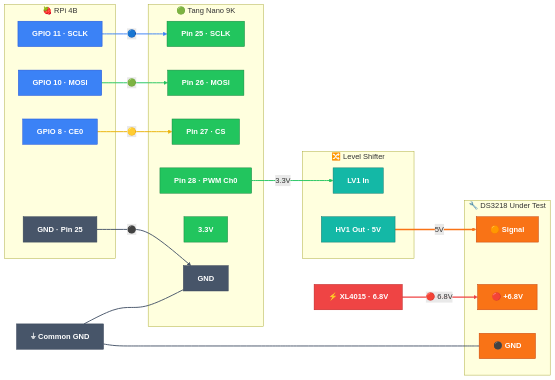
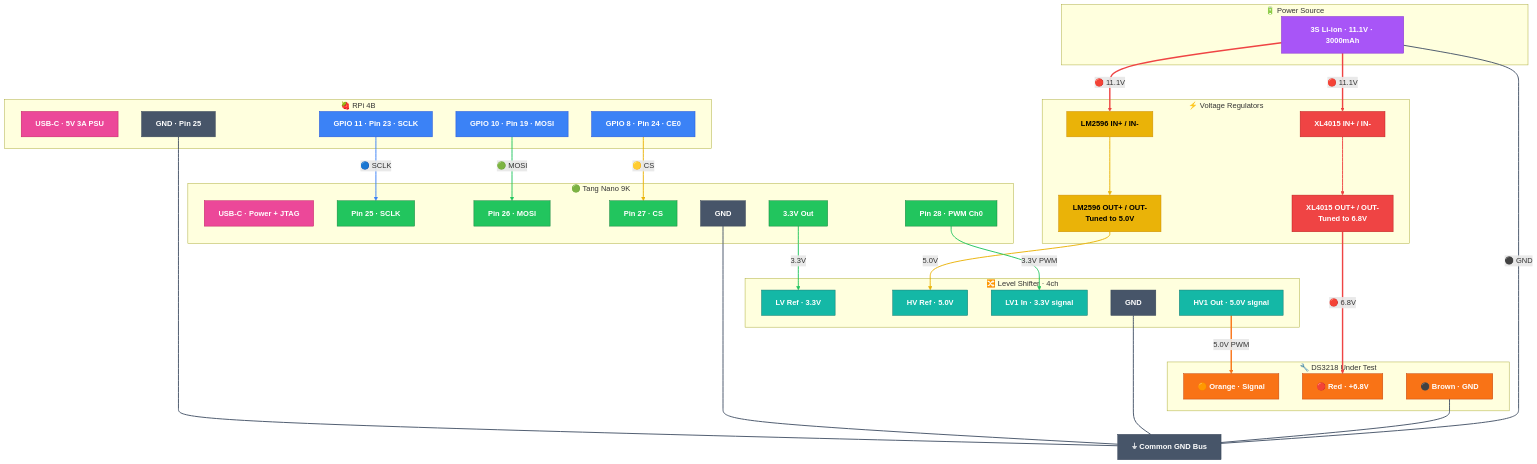
The diagram in control/calibration/setup_guide.md (Major-Project-001/VIGIL-RQ), drawn with Mermaid before and after one commit.

Commit message:
docs: Complete wiring diagram — add battery, XL4015, LM2596, USB-C power, GND bus

````diff
--- a/control/calibration/setup_guide.md
+++ b/control/calibration/setup_guide.md
@@ -38,59 +38,108 @@
 ```mermaid
-graph LR
+graph TD
     classDef rpi fill:#3b82f6,stroke:#1d4ed8,color:#fff,font-weight:bold
     classDef fpga fill:#22c55e,stroke:#15803d,color:#fff,font-weight:bold
     classDef ls fill:#14b8a6,stroke:#0f766e,color:#fff,font-weight:bold
     classDef servo fill:#f97316,stroke:#c2410c,color:#fff,font-weight:bold
     classDef pwr fill:#ef4444,stroke:#b91c1c,color:#fff,font-weight:bold
+    classDef bat fill:#a855f7,stroke:#7e22ce,color:#fff,font-weight:bold
+    classDef reg fill:#eab308,stroke:#ca8a04,color:#000,font-weight:bold
     classDef gnd fill:#475569,stroke:#334155,color:#fff,font-weight:bold
+    classDef usb fill:#ec4899,stroke:#be185d,color:#fff,font-weight:bold
 
+    %% ── Power Source ──
+    subgraph PWR_SRC["🔋 Power Source"]
+        BAT["3S Li-ion · 11.1V · 3000mAh"]:::bat
+    end
+
+    %% ── Voltage Regulators ──
+    subgraph REGULATORS["⚡ Voltage Regulators"]
+        XL_IN["XL4015 IN+ / IN-"]:::pwr
+        XL_OUT["XL4015 OUT+ / OUT-<br/>Tuned to 6.8V"]:::pwr
+        LM_IN["LM2596 IN+ / IN-"]:::reg
+        LM_OUT["LM2596 OUT+ / OUT-<br/>Tuned to 5.0V"]:::reg
+    end
+
+    %% ── RPi ──
     subgraph RPI_BENCH["🍓 RPi 4B"]
-        R_SCLK["GPIO 11 · SCLK"]:::rpi
-        R_MOSI["GPIO 10 · MOSI"]:::rpi
-        R_CE0["GPIO 8 · CE0"]:::rpi
+        R_USB["USB-C · 5V 3A PSU"]:::usb
+        R_SCLK["GPIO 11 · Pin 23 · SCLK"]:::rpi
+        R_MOSI["GPIO 10 · Pin 19 · MOSI"]:::rpi
+        R_CE0["GPIO 8 · Pin 24 · CE0"]:::rpi
         R_GND["GND · Pin 25"]:::gnd
     end
 
+    %% ── FPGA ──
     subgraph FPGA_BENCH["🟢 Tang Nano 9K"]
+        F_USB["USB-C · Power + JTAG"]:::usb
         F_SCLK["Pin 25 · SCLK"]:::fpga
         F_MOSI["Pin 26 · MOSI"]:::fpga
         F_CS["Pin 27 · CS"]:::fpga
         F_PWM0["Pin 28 · PWM Ch0"]:::fpga
-        F_3V3["3.3V"]:::fpga
+        F_3V3["3.3V Out"]:::fpga
         F_GND["GND"]:::gnd
     end
 
-    subgraph LS_BENCH["🔀 Level Shifter"]
-        LS_LV["LV1 In"]:::ls
-        LS_HV["HV1 Out · 5V"]:::ls
+    %% ── Level Shifter ──
+    subgraph LS_BENCH["🔀 Level Shifter · 4ch"]
+        LS_LV_REF["LV Ref · 3.3V"]:::ls
+        LS_HV_REF["HV Ref · 5.0V"]:::ls
+        LS_LV1["LV1 In · 3.3V signal"]:::ls
+        LS_HV1["HV1 Out · 5.0V signal"]:::ls
+        LS_GND["GND"]:::gnd
     end
 
+    %% ── Servo ──
     subgraph SERVO_BENCH["🔧 DS3218 Under Test"]
-        S_SIG["🟠 Signal"]:::servo
-        S_VCC["🔴 +6.8V"]:::servo
-        S_GND["⚫ GND"]:::servo
+        S_SIG["🟠 Orange · Signal"]:::servo
+        S_VCC["🔴 Red · +6.8V"]:::servo
+        S_GND["⚫ Brown · GND"]:::servo
     end
 
-    BUCK["⚡ XL4015 · 6.8V"]:::pwr
-    COMMON_GND["⏚ Common GND"]:::gnd
+    %% ── Common GND Bus ──
+    GND_BUS["⏚ Common GND Bus"]:::gnd
 
-    R_SCLK -->|"🔵"| F_SCLK
-    R_MOSI -->|"🟢"| F_MOSI
-    R_CE0 -->|"🟡"| F_CS
-    R_GND -->|"⚫"| F_GND
+    %% ── Battery → Regulators ──
+    BAT -->|"🔴 11.1V"| XL_IN
+    BAT -->|"🔴 11.1V"| LM_IN
+    XL_IN --> XL_OUT
+    LM_IN --> LM_OUT
 
-    F_PWM0 -->|"3.3V"| LS_LV
-    LS_HV -->|"5V"| S_SIG
-    BUCK -->|"🔴 6.8V"| S_VCC
-    COMMON_GND --- S_GND
-    COMMON_GND --- F_GND
+    %% ── SPI Connections ──
+    R_SCLK -->|"🔵 SCLK"| F_SCLK
+    R_MOSI -->|"🟢 MOSI"| F_MOSI
+    R_CE0 -->|"🟡 CS"| F_CS
 
-    linkStyle 0 stroke:#3b82f6,stroke-width:2px
-    linkStyle 1 stroke:#22c55e,stroke-width:2px
-    linkStyle 2 stroke:#eab308,stroke-width:2px
-    linkStyle 3 stroke:#475569,stroke-width:2px
-    linkStyle 4 stroke:#22c55e,stroke-width:2px
-    linkStyle 5 stroke:#f97316,stroke-width:3px
-    linkStyle 6 stroke:#ef4444,stroke-width:3px
-    linkStyle 7,8 stroke:#475569,stroke-width:2px
+    %% ── Level Shifter Voltage Refs ──
+    F_3V3 -->|"3.3V"| LS_LV_REF
+    LM_OUT -->|"5.0V"| LS_HV_REF
+
+    %% ── Signal Path: FPGA → Level Shifter → Servo ──
+    F_PWM0 -->|"3.3V PWM"| LS_LV1
+    LS_HV1 -->|"5.0V PWM"| S_SIG
+
+    %% ── Servo Power ──
+    XL_OUT -->|"🔴 6.8V"| S_VCC
+
+    %% ── GND Bus (all grounds tied together) ──
+    R_GND --- GND_BUS
+    F_GND --- GND_BUS
+    LS_GND --- GND_BUS
+    S_GND --- GND_BUS
+    BAT ---|"⚫ GND"| GND_BUS
+
+    %% ── Link Styles ──
+    linkStyle 0 stroke:#ef4444,stroke-width:3px
+    linkStyle 1 stroke:#ef4444,stroke-width:3px
+    linkStyle 2 stroke:#ef4444,stroke-width:2px
+    linkStyle 3 stroke:#eab308,stroke-width:2px
+    linkStyle 4 stroke:#3b82f6,stroke-width:2px
+    linkStyle 5 stroke:#22c55e,stroke-width:2px
+    linkStyle 6 stroke:#eab308,stroke-width:2px
+    linkStyle 7 stroke:#22c55e,stroke-width:2px
+    linkStyle 8 stroke:#eab308,stroke-width:2px
+    linkStyle 9 stroke:#22c55e,stroke-width:2px
+    linkStyle 10 stroke:#f97316,stroke-width:3px
+    linkStyle 11 stroke:#ef4444,stroke-width:3px
+    linkStyle 12,13,14,15,16 stroke:#475569,stroke-width:2px
 ```
````
